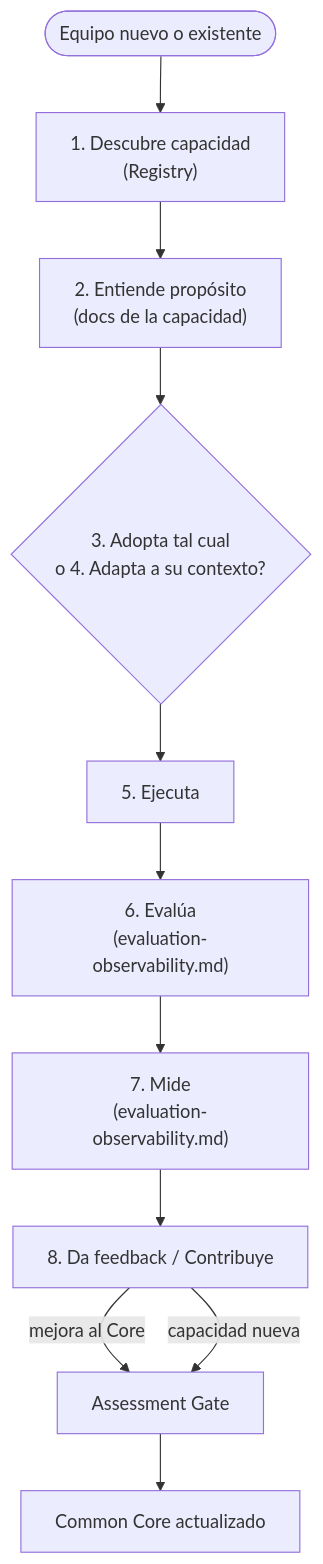
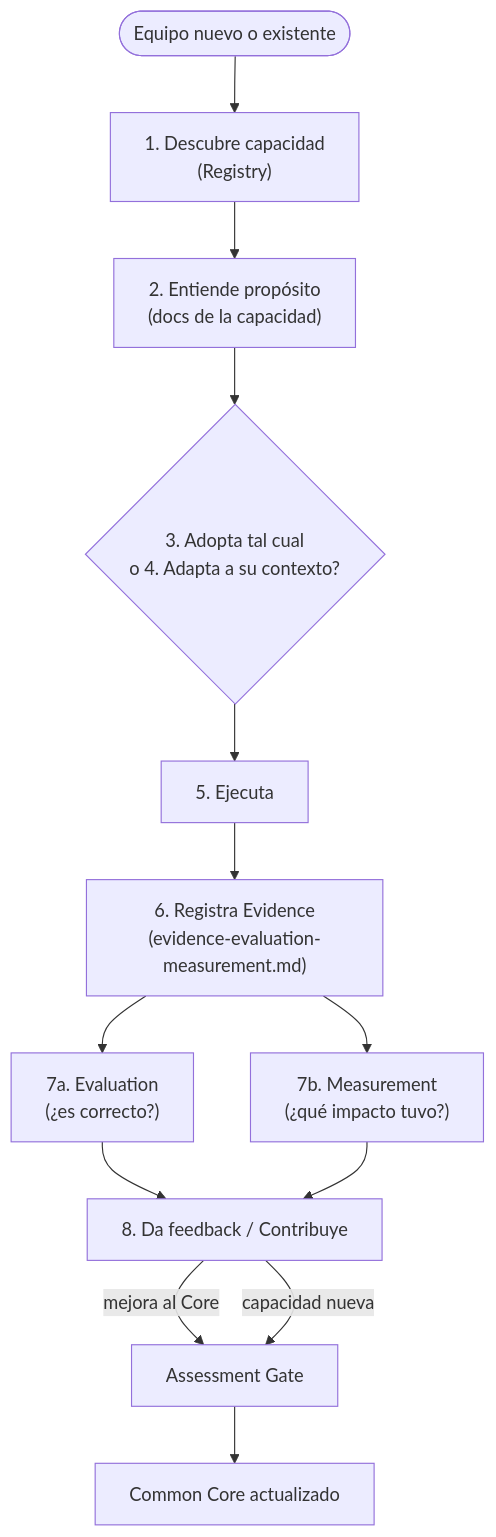
One commit to elmercharrebaufest/MOA-AI-Engineering changed the second of 2 diagrams in architecture/reference-architecture.md. Above: the diagram before and after it, drawn with Mermaid. The commit also changed other lines of this file and 5 other files, not shown here.

````diff
--- a/architecture/reference-architecture.md
+++ b/architecture/reference-architecture.md
@@ -135,13 +135,15 @@
 ```mermaid
 flowchart TD
     Start([Equipo nuevo o existente]) --> Discover["1. Descubre capacidad<br/>(Registry)"]
     Discover --> Understand["2. Entiende propósito<br/>(docs de la capacidad)"]
     Understand --> AdoptStep{"3. Adopta tal cual<br/>o 4. Adapta a su contexto?"}
     AdoptStep --> Execute["5. Ejecuta"]
-    Execute --> Evaluate["6. Evalúa<br/>(evaluation-observability.md)"]
-    Evaluate --> Measure["7. Mide<br/>(evaluation-observability.md)"]
-    Measure --> Feedback["8. Da feedback / Contribuye"]
+    Execute --> Evidence["6. Registra Evidence<br/>(evidence-evaluation-measurement.md)"]
+    Evidence --> Evaluate["7a. Evaluation<br/>(¿es correcto?)"]
+    Evidence --> Measure["7b. Measurement<br/>(¿qué impacto tuvo?)"]
+    Evaluate --> Feedback["8. Da feedback / Contribuye"]
+    Measure --> Feedback
     Feedback -->|mejora al Core| Gate["Assessment Gate"]
     Feedback -->|capacidad nueva| Gate
     Gate --> CommonCore["Common Core actualizado"]
 ```
````
